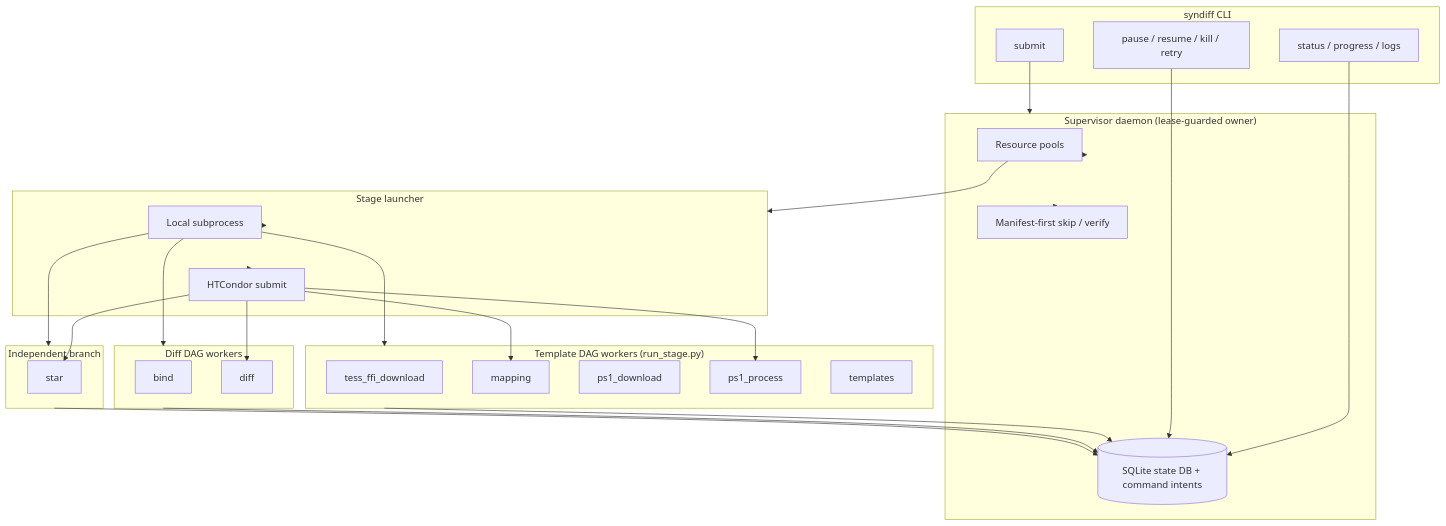
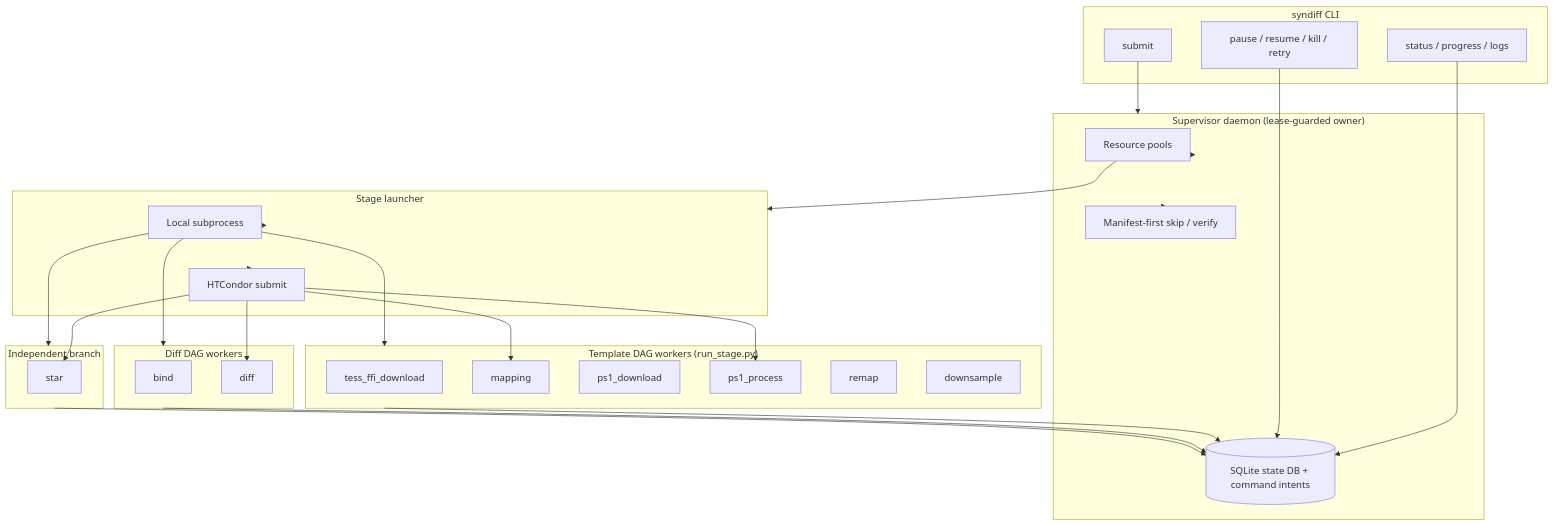
Before and after one commit to zoutei/TSST_syndiff_pipeline: the diagram in docs/markdown/template_pipeline.md, drawn with Mermaid. The commit also changed other lines of this file and 2 other files, not shown here.

First line of the commit message:
Document the remap/downsample stage split and storage trees.

````diff
--- a/docs/markdown/template_pipeline.md
+++ b/docs/markdown/template_pipeline.md
@@ -154,55 +157,56 @@
 ```mermaid
 flowchart TB
     subgraph CLI["syndiff CLI"]
         submit[submit]
         monitor[status / progress / logs]
         control[pause / resume / kill / retry]
     end
 
     subgraph Daemon["Supervisor daemon (lease-guarded owner)"]
         pools[Resource pools]
         sqlite[(SQLite state DB + command intents)]
         skip[Manifest-first skip / verify]
     end
 
     subgraph Launch["Stage launcher"]
         local[Local subprocess]
         condor[HTCondor submit]
     end
 
     subgraph TemplateStages["Template DAG workers (run_stage.py)"]
         s1[tess_ffi_download]
         s3[mapping]
         s4[ps1_download]
         s5[ps1_process]
-        s6[templates]
+        s5b[remap]
+        s6[downsample]
     end
 
     subgraph DiffStages["Diff DAG workers"]
         s2[bind]
         s7[diff]
     end
 
     subgraph StarStage["Independent branch"]
         s8[star]
     end
 
     submit --> Daemon
     monitor --> sqlite
     control --> sqlite
     Daemon --> pools
     Daemon --> skip
     pools --> Launch
     Launch --> local
     Launch --> condor
     local --> TemplateStages
     local --> DiffStages
     local --> StarStage
     condor --> s3
     condor --> s5
     condor --> s7
     condor --> s8
     TemplateStages --> sqlite
     DiffStages --> sqlite
     StarStage --> sqlite
 ```
````
